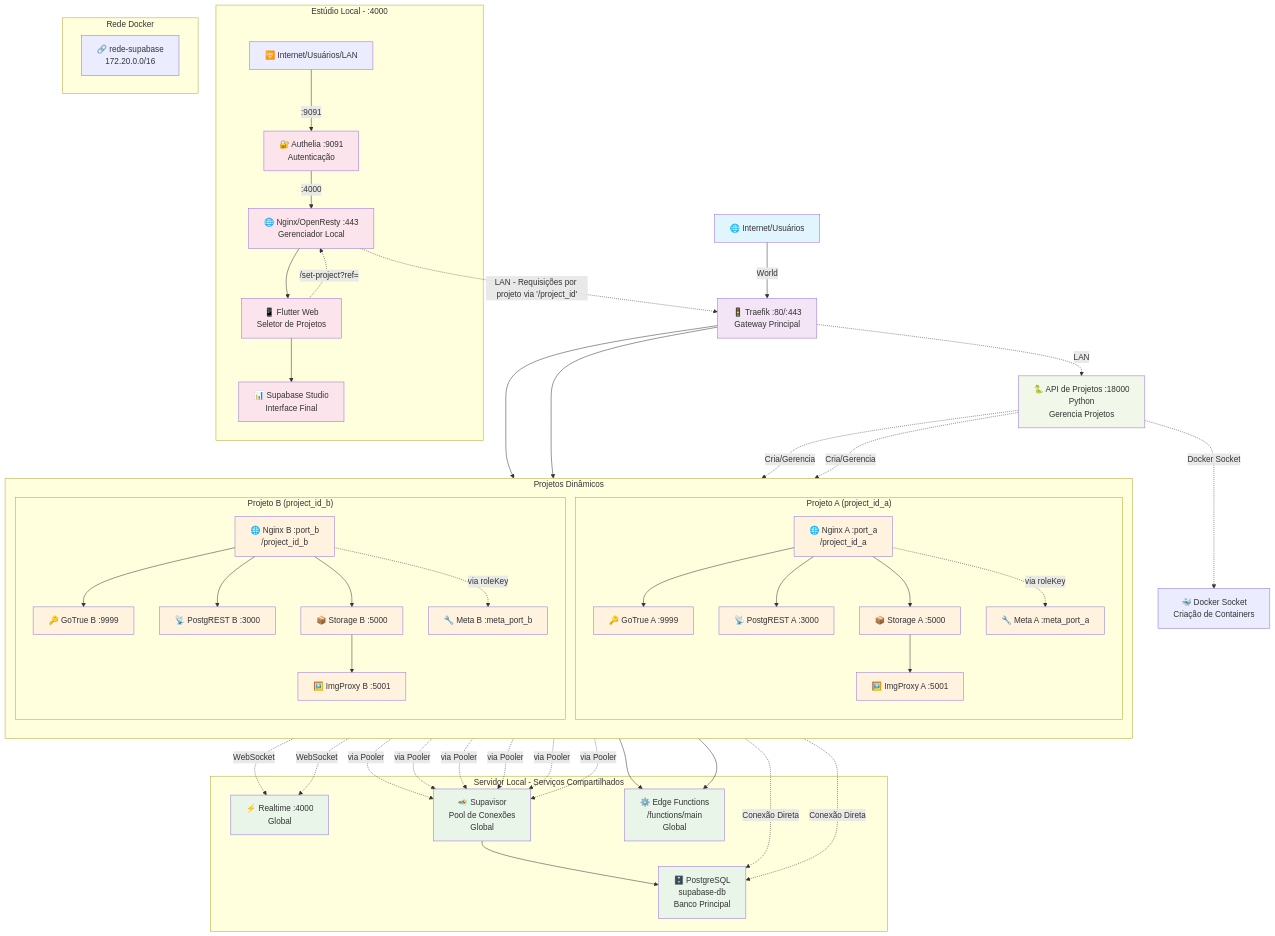
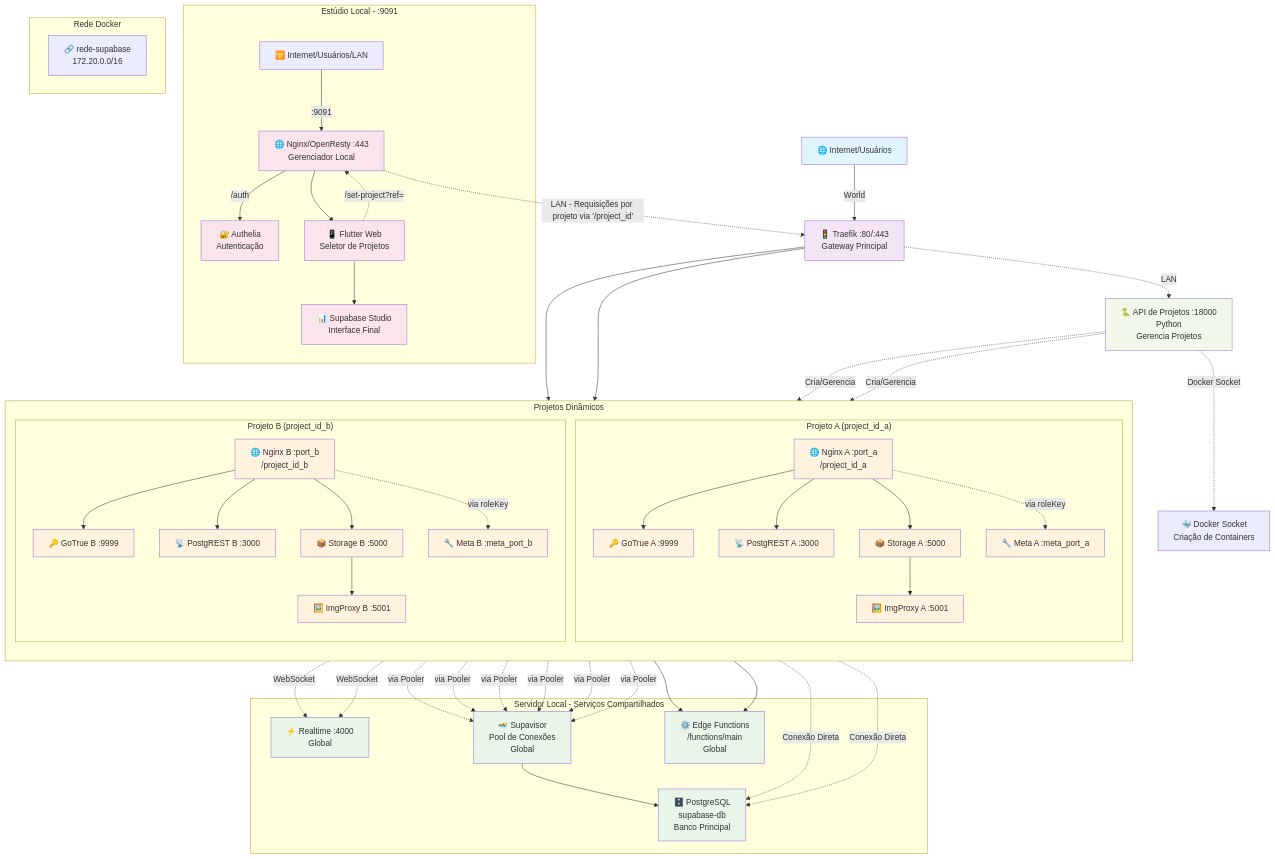
The diagram in LEIAME.md (GustavoMartins123/supabase-multitenant), drawn with Mermaid before and after one commit. The commit also changed other lines of this file and 15 other files, not shown here.

````diff
--- a/LEIAME.md
+++ b/LEIAME.md
@@ -37,7 +37,7 @@
 ```mermaid
 flowchart TB
- subgraph subGraph0["Estúdio Local - :4000"]
-        Authelia["🔐 Authelia :9091\nAutenticação"]
+ subgraph subGraph0["Estúdio Local - :9091"]
+        Authelia["🔐 Authelia\nAutenticação"]
         Lan["🛜 Internet/Usuários/LAN"]
         Nginx["🌐 Nginx/OpenResty :443\nGerenciador Local"]
         Flutter["📱 Flutter Web\nSeletor de Projetos"]
@@ -74,8 +74,8 @@
         Network["🔗 rede-supabase\n172.20.0.0/16"]
   end
     World["🌐 Internet/Usuários"] -- World --> Traefik["🚦 Traefik :80/:443\nGateway Principal"]
-    Lan -- :9091 --> Authelia
-    Authelia -- :4000 --> Nginx
+    Lan -- :9091 --> Nginx
+    Nginx -- "/auth" --> Authelia
     Nginx --> Flutter
     Flutter --> Studio
     Nginx -. "LAN - Requisições por projeto via '/project_id'" .-> Traefik
````
